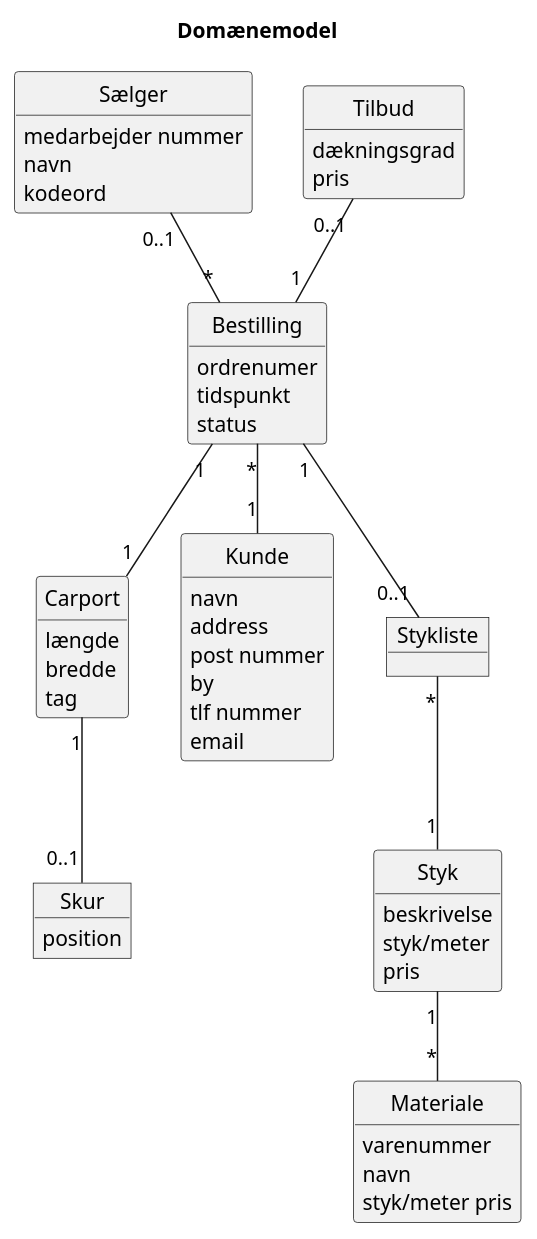
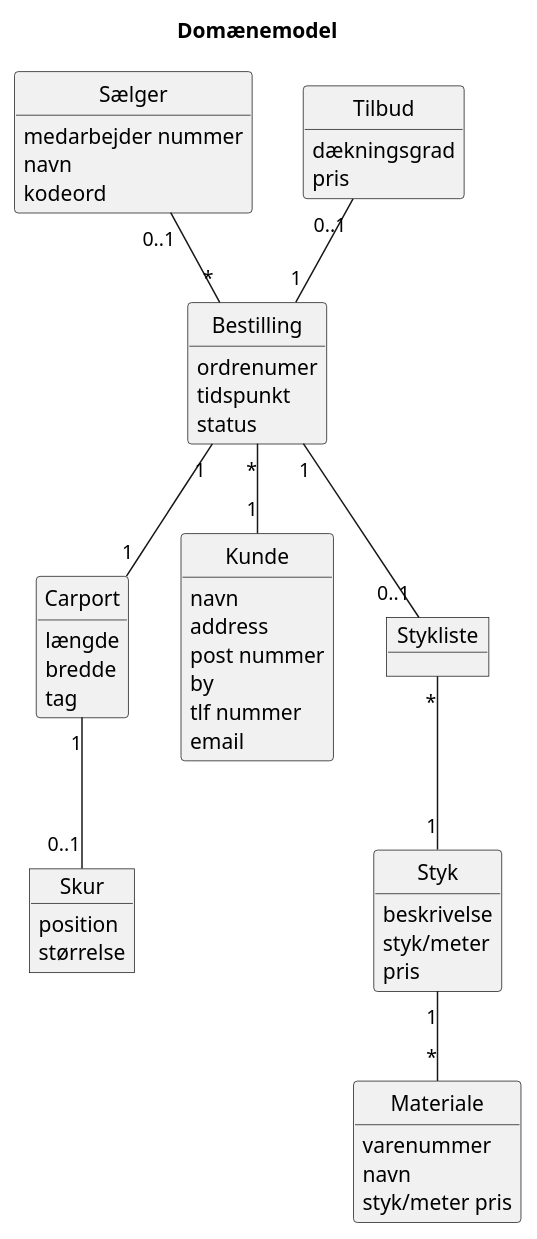
One commit to codergram/Fog changed the diagram in Documentation/UML/Domæne model/Domain_Model.puml. Above: the diagram before and after it, drawn with PlantUML. The commit also changed 1 other file, not shown here.

```diff
--- a/Documentation/UML/Domæne model/Domain_Model.puml
+++ b/Documentation/UML/Domæne model/Domain_Model.puml
@@ -1,70 +1,71 @@
 @startuml
 Title Domænemodel
 
 hide circle
 hide methods
 
 class Sælger {
     medarbejder nummer
     navn
     kodeord
 }
 
 class Carport {
     længde
     bredde
     tag
 }
 
 object Skur {
     position
+    størrelse
 }
 
 class Kunde {
     navn
     address
     post nummer
     by
     tlf nummer
     email
 }
 
 class Bestilling {
     ordrenumer
     tidspunkt
     status
 }
 
 object Stykliste
 
 class Materiale {
     varenummer
     navn
     styk/meter pris
 }
 
 class Styk {
     beskrivelse
     styk/meter
     pris
 }
 
 class Tilbud {
     dækningsgrad
     pris
 }
 
 Bestilling "1" -- "1" Carport
 Carport "1" -- "0..1" Skur
 Bestilling "*" -- "1" Kunde
 Bestilling "1" -- "0..1" Stykliste
 Sælger "0..1" -- "*" Bestilling
 Stykliste "*" -- "1" Styk
 Styk "1" -- "*" Materiale
 Tilbud "0..1" -- "1" Bestilling
 
 
 
 
 
 @enduml
```
